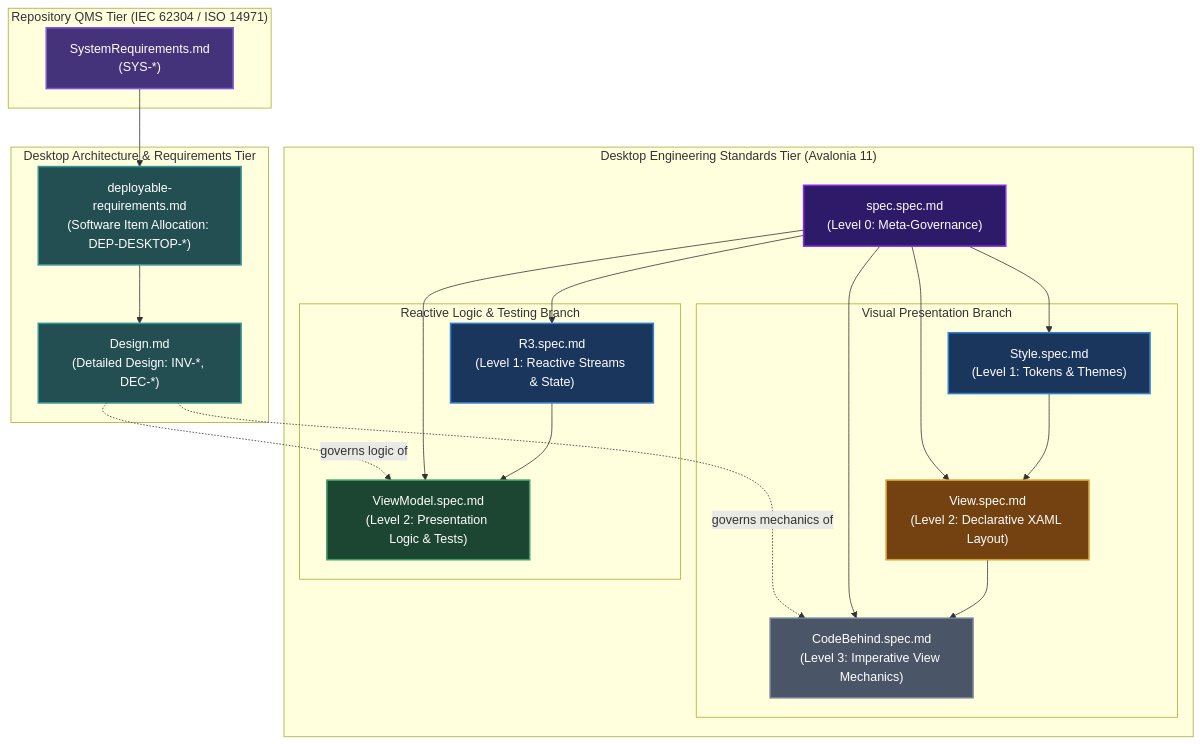
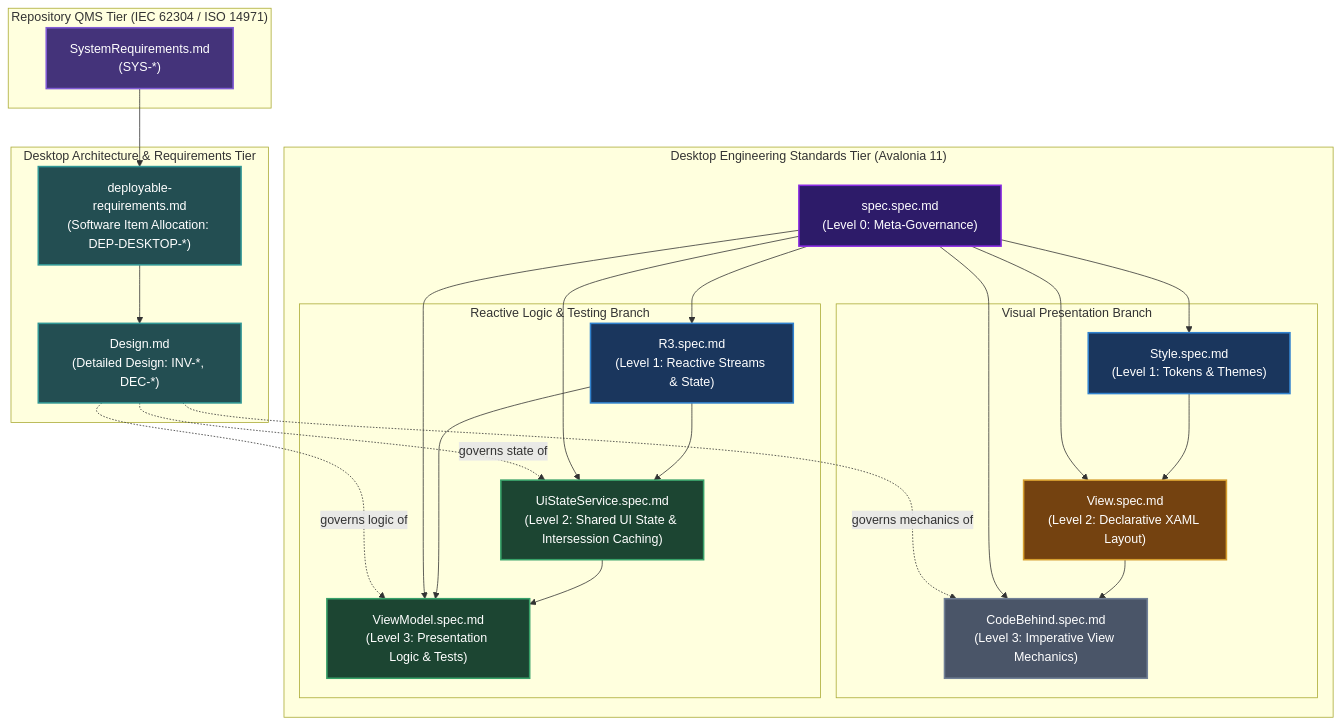
The first of 2 diagrams in source/Percolator.Desktop/spec/README.md (zerotwooneone/percolator), drawn with Mermaid before and after one commit. The commit also changed other lines of this file and 14 other files, not shown here.

````diff
--- a/source/Percolator.Desktop/spec/README.md
+++ b/source/Percolator.Desktop/spec/README.md
@@ -17,56 +17,61 @@
 ```mermaid
 flowchart TD
     subgraph RepoQMS["Repository QMS Tier (IEC 62304 / ISO 14971)"]
         SYS["SystemRequirements.md<br/>(SYS-*)"]
     end
 
     subgraph DesktopQMS["Desktop Architecture & Requirements Tier"]
         DEP["deployable-requirements.md<br/>(Software Item Allocation: DEP-DESKTOP-*)"]
         DSN["Design.md<br/>(Detailed Design: INV-*, DEC-*)"]
         SYS --> DEP
         DEP --> DSN
     end
 
     subgraph DesktopStandards["Desktop Engineering Standards Tier (Avalonia 11)"]
         Meta["spec.spec.md<br/>(Level 0: Meta-Governance)"]
 
         subgraph BranchA["Visual Presentation Branch"]
             Style["Style.spec.md<br/>(Level 1: Tokens & Themes)"]
             View["View.spec.md<br/>(Level 2: Declarative XAML Layout)"]
             CB["CodeBehind.spec.md<br/>(Level 3: Imperative View Mechanics)"]
             Style --> View
             View --> CB
         end
 
         subgraph BranchB["Reactive Logic & Testing Branch"]
             R3["R3.spec.md<br/>(Level 1: Reactive Streams & State)"]
-            VM["ViewModel.spec.md<br/>(Level 2: Presentation Logic & Tests)"]
+            UISS["UiStateService.spec.md<br/>(Level 2: Shared UI State & Intersession Caching)"]
+            VM["ViewModel.spec.md<br/>(Level 3: Presentation Logic & Tests)"]
+            R3 --> UISS
+            UISS --> VM
             R3 --> VM
         end
 
         Meta --> Style
         Meta --> R3
         Meta --> View
+        Meta --> UISS
         Meta --> VM
         Meta --> CB
     end
 
     DSN -.->|governs logic of| VM
+    DSN -.->|governs state of| UISS
     DSN -.->|governs mechanics of| CB
 
     classDef repo fill:#44337a,stroke:#805ad5,stroke-width:2px,color:#fff;
     classDef qms fill:#234e52,stroke:#319795,stroke-width:2px,color:#fff;
     classDef meta fill:#2d1b69,stroke:#8a2be2,stroke-width:2px,color:#fff;
     classDef foundation fill:#1a365d,stroke:#3182ce,stroke-width:2px,color:#fff;
     classDef logic fill:#1c4532,stroke:#38a169,stroke-width:2px,color:#fff;
     classDef ui fill:#744210,stroke:#d69e2e,stroke-width:2px,color:#fff;
     classDef hook fill:#4a5568,stroke:#718096,stroke-width:2px,color:#fff;
 
     class SYS repo;
     class DEP,DSN qms;
     class Meta meta;
     class Style,R3 foundation;
-    class VM logic;
+    class UISS,VM logic;
     class View ui;
     class CB hook;
 ```
````
